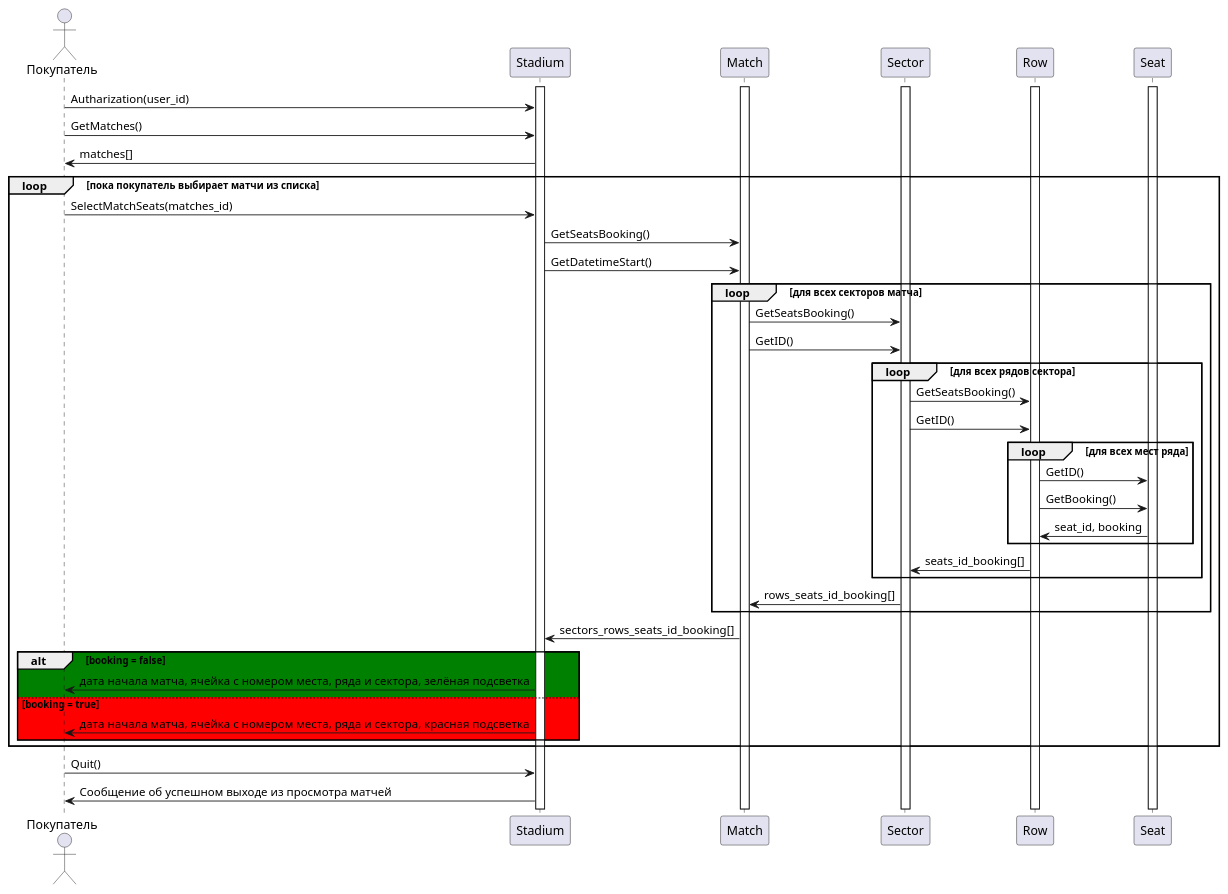
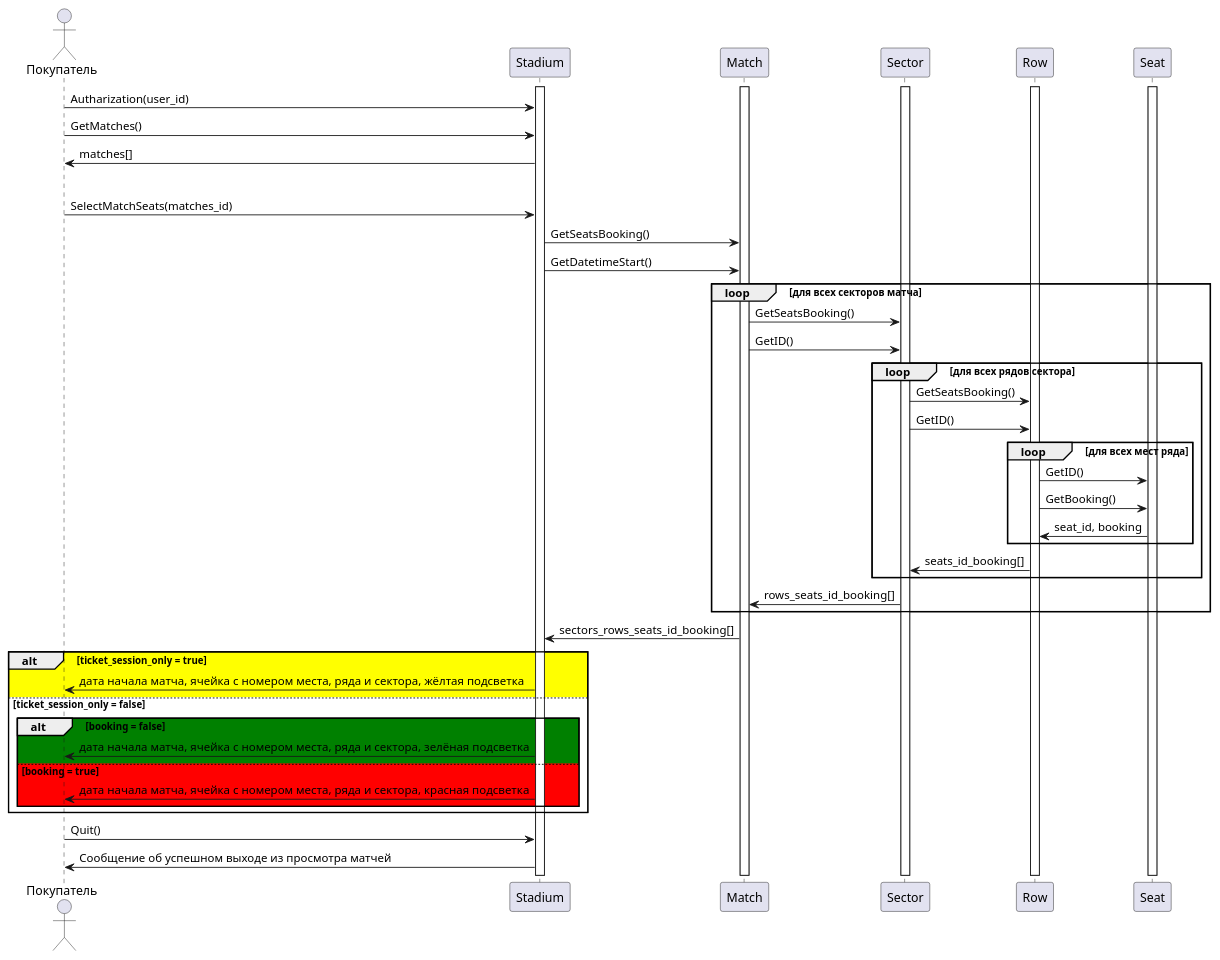
Before and after one commit to penamarth/bsbo-03-23_team4_var10_football: the diagram in Прецеденты/Диаграмма просмотра свободных мест.md, drawn with PlantUML. The commit also changed 7 other files, not shown here.

````diff
--- a/Прецеденты/Диаграмма просмотра свободных мест.md
+++ b/Прецеденты/Диаграмма просмотра свободных мест.md
@@ -1,71 +1,74 @@
 ```plantuml
 @startuml
 
 actor Покупатель
 participant Stadium
 participant Match
 participant Sector
 participant Row
 participant Seat
 
 activate Stadium
 activate Match
 activate Sector
 activate Row
 activate Seat
 
 Покупатель -> Stadium : Autharization(user_id)
 
 Покупатель -> Stadium : GetMatches()
 Покупатель <- Stadium : matches[]
 
 
 loop пока покупатель выбирает матчи из списка
 
 Покупатель -> Stadium : SelectMatchSeats(matches_id)
 Stadium -> Match : GetSeatsBooking()
 Stadium -> Match : GetDatetimeStart()
 
 
 loop для всех секторов матча
 
 Match -> Sector : GetSeatsBooking()
 Match -> Sector : GetID()
 
 loop для всех рядов сектора
 
 Sector -> Row: GetSeatsBooking()
 Sector -> Row : GetID()
 
 loop для всех мест ряда
 
 Row -> Seat : GetID()
 Row -> Seat : GetBooking()
 Row <- Seat : seat_id, booking
 
 end
 
 Sector <- Row : seats_id_booking[]
 
 end
 
 Match <- Sector : rows_seats_id_booking[]
 
 end
 
 Stadium <- Match : sectors_rows_seats_id_booking[]
 
-alt #green booking = false
-  Покупатель <- Stadium : дата начала матча, ячейка с номером места, ряда и сектора, зелёная подсветка
-else #red booking = true
-  Покупатель <- Stadium : дата начала матча, ячейка с номером места, ряда и сектора, красная подсветка
+alt #yellow ticket_session_only = true
+  Покупатель <- Stadium : дата начала матча, ячейка с номером места, ряда и сектора, жёлтая подсветка
+else #white ticket_session_only = false
+  alt #green booking = false
+    Покупатель <- Stadium : дата начала матча, ячейка с номером места, ряда и сектора, зелёная подсветка
+  else #red booking = true
+    Покупатель <- Stadium : дата начала матча, ячейка с номером места, ряда и сектора, красная подсветка
 end
 
 end
 
 
 Покупатель -> Stadium : Quit()
 Покупатель <- Stadium : Сообщение об успешном выходе из просмотра матчей
 
 @enduml
 ```
````
